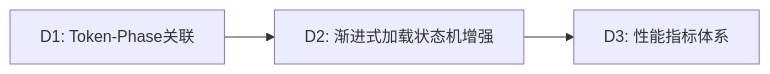
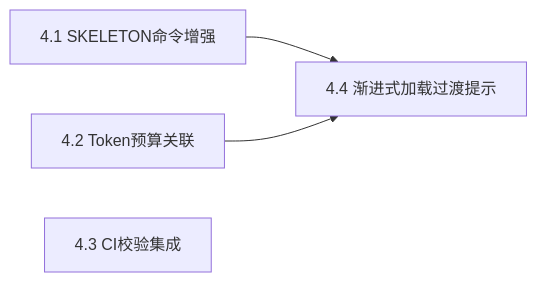
Before and after one commit to xuanyuanchumo/xuansto: the fourth of 8 diagrams in docs/plan/v-l.md, drawn with Mermaid. The commit also changed other lines of this file and 68 other files, not shown here.

````diff
--- a/docs/plan/v-l.md
+++ b/docs/plan/v-l.md
@@ -312,5 +418,6 @@
 ```mermaid
 graph LR
-    D1["D1: Token-Phase关联"] --> D2["D2: 渐进式加载状态机增强"]
-    D2 --> D3["D3: 性能指标体系"]
+    S41["4.1 SKELETON命令增强"] --> S44["4.4 渐进式加载过渡提示"]
+    S42["4.2 Token预算关联"] --> S44
+    S43["4.3 CI校验集成"]
 ```
````
